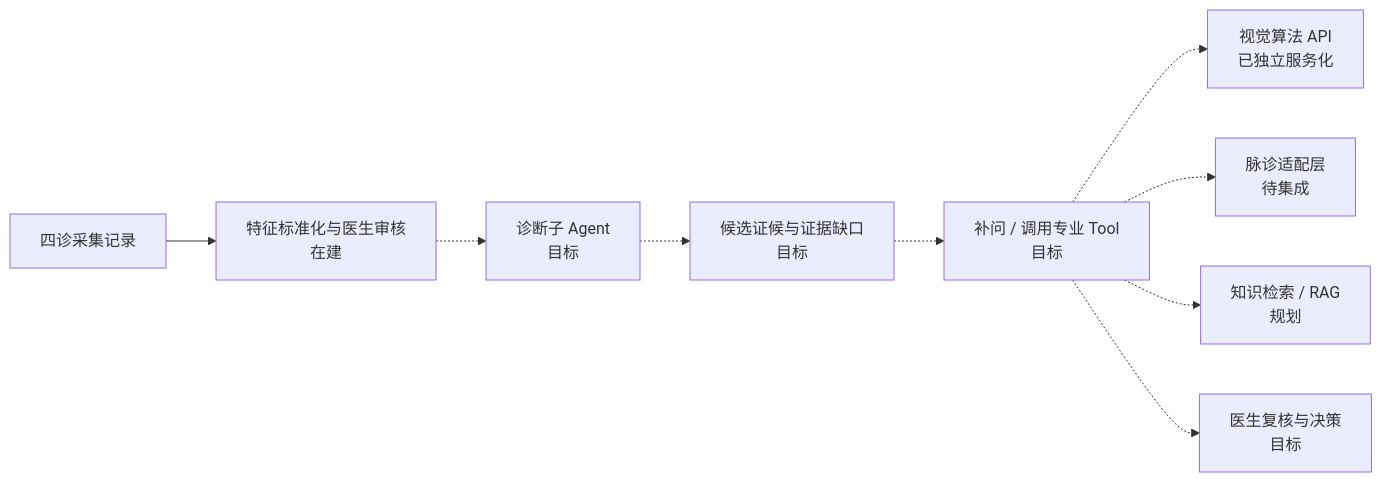
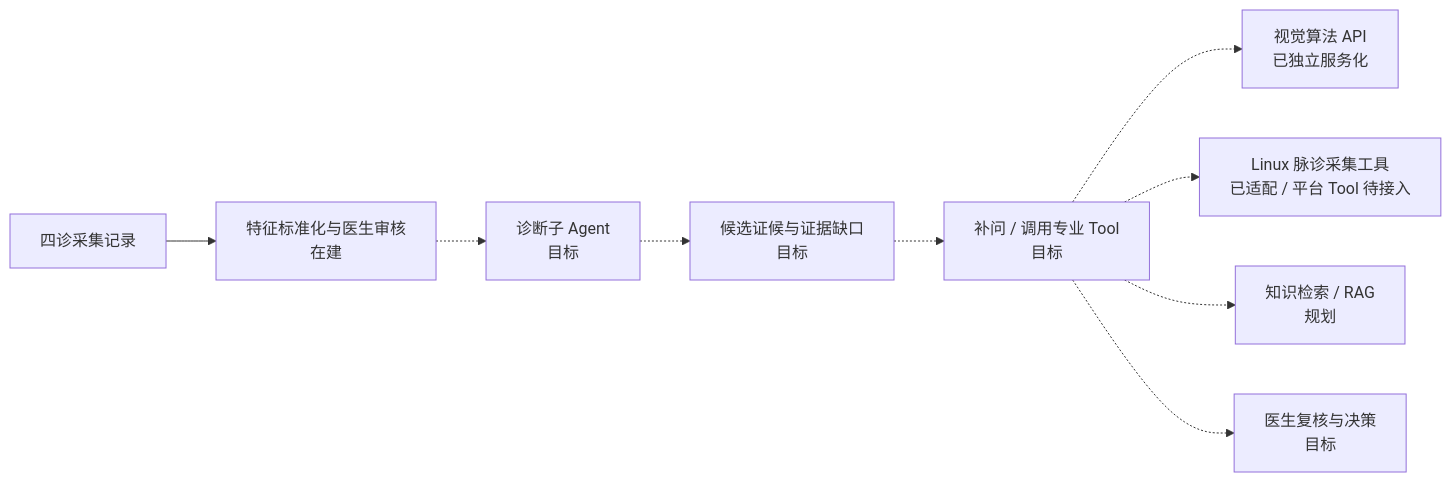
The fourth of 4 diagrams in docs/architecture.md (Shenchen-Liu/TCM-AI-Portfolio), drawn with Mermaid before and after one commit. The commit also changed other lines of this file, not shown here.

Commit message:
docs: align pulse architecture labels with verified device adaptation and pending workflow link

````diff
--- a/docs/architecture.md
+++ b/docs/architecture.md
@@ -137,11 +139,11 @@
 ```mermaid
 flowchart LR
   CASE["四诊采集记录"] --> NORM["特征标准化与医生审核<br/>在建"]
   NORM -.-> DIAG["诊断子 Agent<br/>目标"]
   DIAG -.-> CAND["候选证候与证据缺口<br/>目标"]
   CAND -.-> NEXT["补问 / 调用专业 Tool<br/>目标"]
   NEXT -.-> FACE["视觉算法 API<br/>已独立服务化"]
-  NEXT -.-> PULSE["脉诊适配层<br/>待集成"]
+  NEXT -.-> PULSE["Linux 脉诊采集工具<br/>已适配 / 平台 Tool 待接入"]
   NEXT -.-> KB["知识检索 / RAG<br/>规划"]
   NEXT -.-> DOC["医生复核与决策<br/>目标"]
 ```
````
